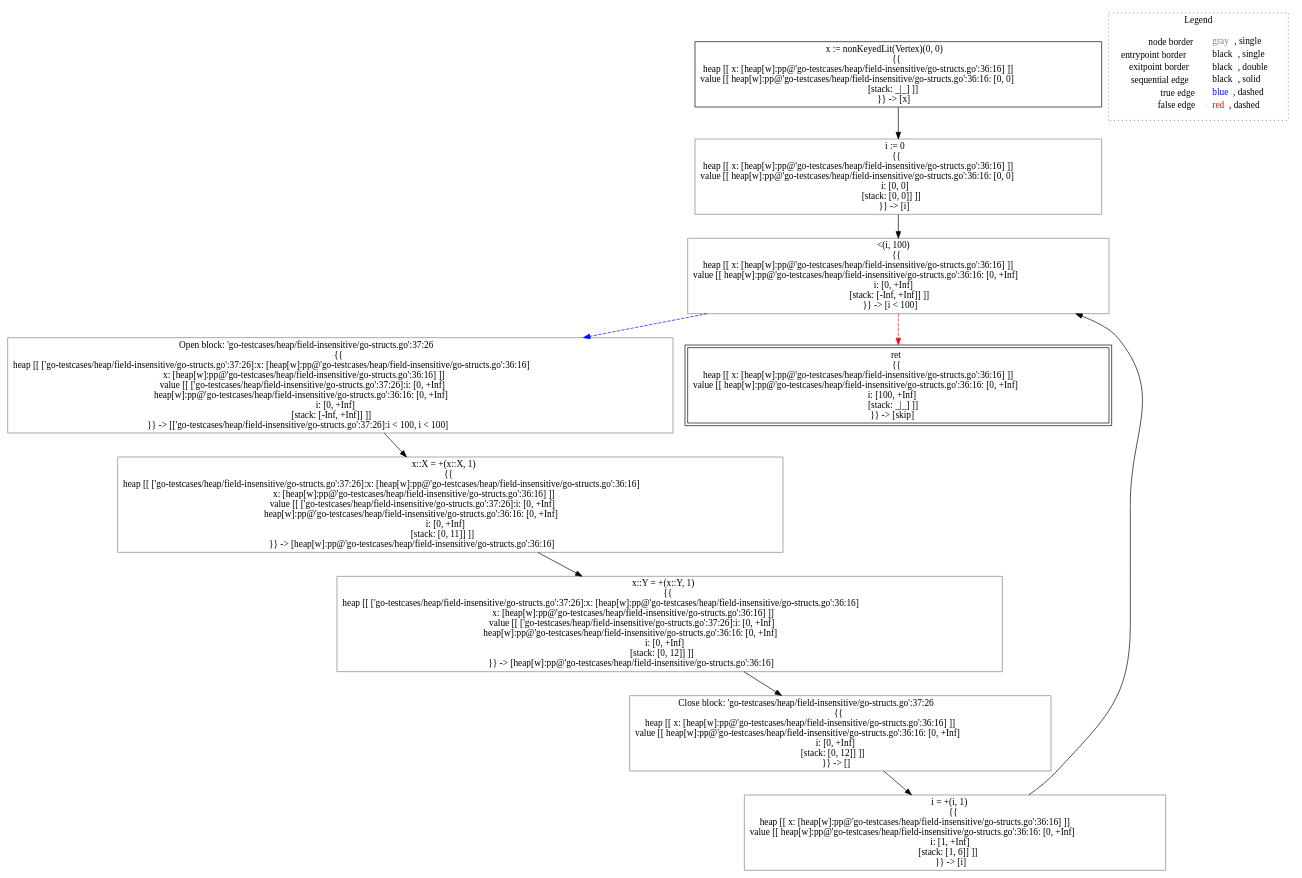
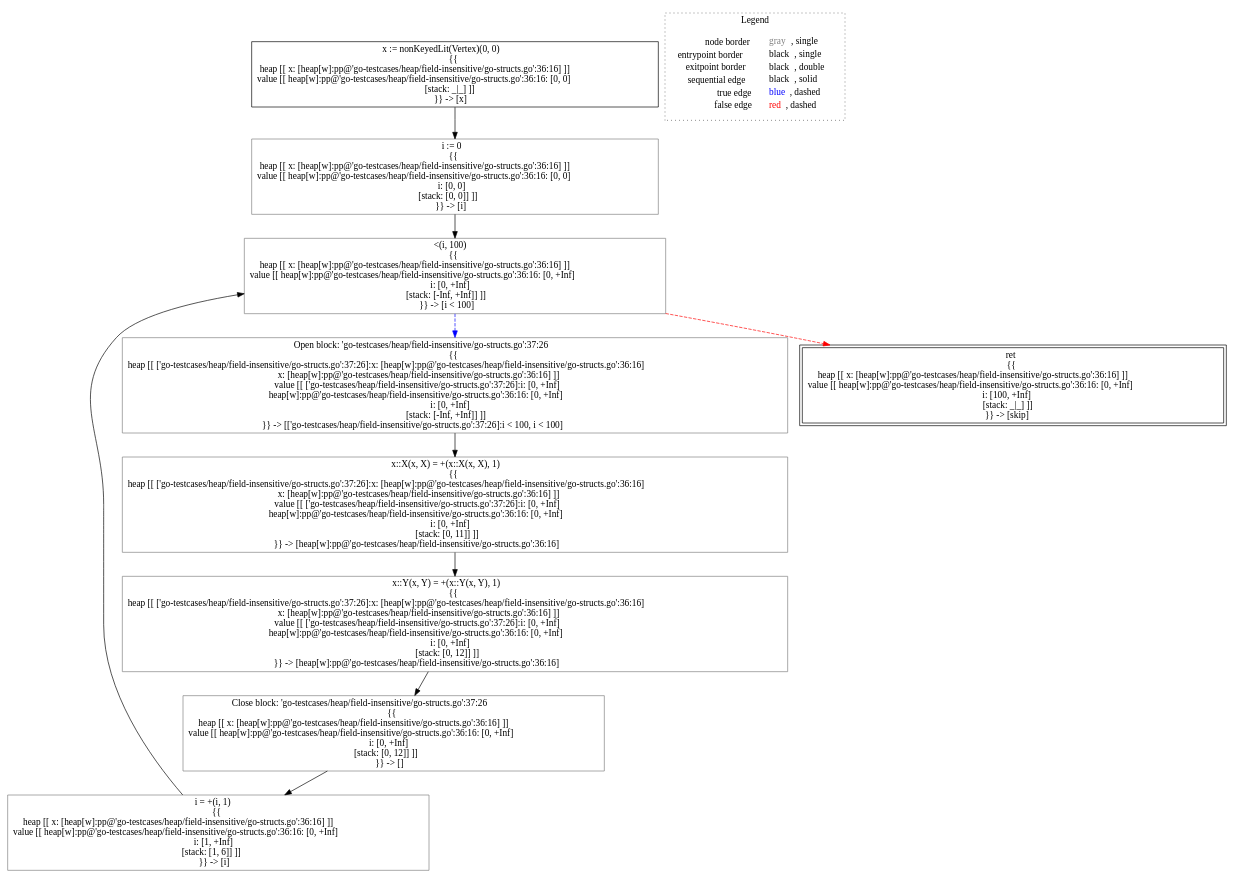
Before and after one commit to lisa-analyzer/go-lisa: the diagram in go-lisa/go-testcases/heap/field-insensitive/analysis___untyped_main.forAlloc().dot, drawn with Graphviz. The commit also changed 35 other files, not shown here.

```diff
--- a/go-lisa/go-testcases/heap/field-insensitive/analysis___untyped_main.forAlloc().dot
+++ b/go-lisa/go-testcases/heap/field-insensitive/analysis___untyped_main.forAlloc().dot
@@ -1,27 +1,27 @@
 digraph {
 	"node0" [shape="rect",color="black",label=<x := nonKeyedLit(Vertex)(0, 0)<BR/>{{<BR/>heap [[ x: [heap[w]:pp@'go-testcases/heap/field-insensitive/go-structs.go':36:16] ]]<BR/>value [[ heap[w]:pp@'go-testcases/heap/field-insensitive/go-structs.go':36:16: [0, 0]<BR/>[stack: _|_] ]]<BR/>}} -&gt; [x]>];
-	"node1" [shape="rect",color="gray",label=<i := 0<BR/>{{<BR/>heap [[ x: [heap[w]:pp@'go-testcases/heap/field-insensitive/go-structs.go':36:16] ]]<BR/>value [[ heap[w]:pp@'go-testcases/heap/field-insensitive/go-structs.go':36:16: [0, 0]<BR/>i: [0, 0]<BR/>[stack: [0, 0]] ]]<BR/>}} -&gt; [i]>];
-	"node2" [shape="rect",color="gray",label=<x::Y = +(x::Y, 1)<BR/>{{<BR/>heap [[ ['go-testcases/heap/field-insensitive/go-structs.go':37:26]:x: [heap[w]:pp@'go-testcases/heap/field-insensitive/go-structs.go':36:16]<BR/>x: [heap[w]:pp@'go-testcases/heap/field-insensitive/go-structs.go':36:16] ]]<BR/>value [[ ['go-testcases/heap/field-insensitive/go-structs.go':37:26]:i: [0, +Inf]<BR/>heap[w]:pp@'go-testcases/heap/field-insensitive/go-structs.go':36:16: [0, +Inf]<BR/>i: [0, +Inf]<BR/>[stack: [0, 12]] ]]<BR/>}} -&gt; [heap[w]:pp@'go-testcases/heap/field-insensitive/go-structs.go':36:16]>];
-	"node3" [shape="rect",color="gray",label=<Close block: 'go-testcases/heap/field-insensitive/go-structs.go':37:26<BR/>{{<BR/>heap [[ x: [heap[w]:pp@'go-testcases/heap/field-insensitive/go-structs.go':36:16] ]]<BR/>value [[ heap[w]:pp@'go-testcases/heap/field-insensitive/go-structs.go':36:16: [0, +Inf]<BR/>i: [0, +Inf]<BR/>[stack: [0, 12]] ]]<BR/>}} -&gt; []>];
-	"node4" [shape="rect",color="gray",label=<x::X = +(x::X, 1)<BR/>{{<BR/>heap [[ ['go-testcases/heap/field-insensitive/go-structs.go':37:26]:x: [heap[w]:pp@'go-testcases/heap/field-insensitive/go-structs.go':36:16]<BR/>x: [heap[w]:pp@'go-testcases/heap/field-insensitive/go-structs.go':36:16] ]]<BR/>value [[ ['go-testcases/heap/field-insensitive/go-structs.go':37:26]:i: [0, +Inf]<BR/>heap[w]:pp@'go-testcases/heap/field-insensitive/go-structs.go':36:16: [0, +Inf]<BR/>i: [0, +Inf]<BR/>[stack: [0, 11]] ]]<BR/>}} -&gt; [heap[w]:pp@'go-testcases/heap/field-insensitive/go-structs.go':36:16]>];
+	"node1" [shape="rect",color="gray",label=<Close block: 'go-testcases/heap/field-insensitive/go-structs.go':37:26<BR/>{{<BR/>heap [[ x: [heap[w]:pp@'go-testcases/heap/field-insensitive/go-structs.go':36:16] ]]<BR/>value [[ heap[w]:pp@'go-testcases/heap/field-insensitive/go-structs.go':36:16: [0, +Inf]<BR/>i: [0, +Inf]<BR/>[stack: [0, 12]] ]]<BR/>}} -&gt; []>];
+	"node2" [shape="rect",color="gray",label=<i = +(i, 1)<BR/>{{<BR/>heap [[ x: [heap[w]:pp@'go-testcases/heap/field-insensitive/go-structs.go':36:16] ]]<BR/>value [[ heap[w]:pp@'go-testcases/heap/field-insensitive/go-structs.go':36:16: [0, +Inf]<BR/>i: [1, +Inf]<BR/>[stack: [1, 6]] ]]<BR/>}} -&gt; [i]>];
+	"node3" [shape="rect",color="gray",label=<i := 0<BR/>{{<BR/>heap [[ x: [heap[w]:pp@'go-testcases/heap/field-insensitive/go-structs.go':36:16] ]]<BR/>value [[ heap[w]:pp@'go-testcases/heap/field-insensitive/go-structs.go':36:16: [0, 0]<BR/>i: [0, 0]<BR/>[stack: [0, 0]] ]]<BR/>}} -&gt; [i]>];
+	"node4" [shape="rect",color="gray",label=<x::Y(x, Y) = +(x::Y(x, Y), 1)<BR/>{{<BR/>heap [[ ['go-testcases/heap/field-insensitive/go-structs.go':37:26]:x: [heap[w]:pp@'go-testcases/heap/field-insensitive/go-structs.go':36:16]<BR/>x: [heap[w]:pp@'go-testcases/heap/field-insensitive/go-structs.go':36:16] ]]<BR/>value [[ ['go-testcases/heap/field-insensitive/go-structs.go':37:26]:i: [0, +Inf]<BR/>heap[w]:pp@'go-testcases/heap/field-insensitive/go-structs.go':36:16: [0, +Inf]<BR/>i: [0, +Inf]<BR/>[stack: [0, 12]] ]]<BR/>}} -&gt; [heap[w]:pp@'go-testcases/heap/field-insensitive/go-structs.go':36:16]>];
 	"node5" [shape="rect",color="gray",label=<&lt;(i, 100)<BR/>{{<BR/>heap [[ x: [heap[w]:pp@'go-testcases/heap/field-insensitive/go-structs.go':36:16] ]]<BR/>value [[ heap[w]:pp@'go-testcases/heap/field-insensitive/go-structs.go':36:16: [0, +Inf]<BR/>i: [0, +Inf]<BR/>[stack: [-Inf, +Inf]] ]]<BR/>}} -&gt; [i &lt; 100]>];
-	"node6" [shape="rect",color="gray",label=<i = +(i, 1)<BR/>{{<BR/>heap [[ x: [heap[w]:pp@'go-testcases/heap/field-insensitive/go-structs.go':36:16] ]]<BR/>value [[ heap[w]:pp@'go-testcases/heap/field-insensitive/go-structs.go':36:16: [0, +Inf]<BR/>i: [1, +Inf]<BR/>[stack: [1, 6]] ]]<BR/>}} -&gt; [i]>];
+	"node6" [shape="rect",color="gray",label=<x::X(x, X) = +(x::X(x, X), 1)<BR/>{{<BR/>heap [[ ['go-testcases/heap/field-insensitive/go-structs.go':37:26]:x: [heap[w]:pp@'go-testcases/heap/field-insensitive/go-structs.go':36:16]<BR/>x: [heap[w]:pp@'go-testcases/heap/field-insensitive/go-structs.go':36:16] ]]<BR/>value [[ ['go-testcases/heap/field-insensitive/go-structs.go':37:26]:i: [0, +Inf]<BR/>heap[w]:pp@'go-testcases/heap/field-insensitive/go-structs.go':36:16: [0, +Inf]<BR/>i: [0, +Inf]<BR/>[stack: [0, 11]] ]]<BR/>}} -&gt; [heap[w]:pp@'go-testcases/heap/field-insensitive/go-structs.go':36:16]>];
 	"node7" [shape="rect",color="gray",label=<Open block: 'go-testcases/heap/field-insensitive/go-structs.go':37:26<BR/>{{<BR/>heap [[ ['go-testcases/heap/field-insensitive/go-structs.go':37:26]:x: [heap[w]:pp@'go-testcases/heap/field-insensitive/go-structs.go':36:16]<BR/>x: [heap[w]:pp@'go-testcases/heap/field-insensitive/go-structs.go':36:16] ]]<BR/>value [[ ['go-testcases/heap/field-insensitive/go-structs.go':37:26]:i: [0, +Inf]<BR/>heap[w]:pp@'go-testcases/heap/field-insensitive/go-structs.go':36:16: [0, +Inf]<BR/>i: [0, +Inf]<BR/>[stack: [-Inf, +Inf]] ]]<BR/>}} -&gt; [['go-testcases/heap/field-insensitive/go-structs.go':37:26]:i &lt; 100, i &lt; 100]>];
 	"node8" [shape="rect",color="black",peripheries="2",label=<ret<BR/>{{<BR/>heap [[ x: [heap[w]:pp@'go-testcases/heap/field-insensitive/go-structs.go':36:16] ]]<BR/>value [[ heap[w]:pp@'go-testcases/heap/field-insensitive/go-structs.go':36:16: [0, +Inf]<BR/>i: [100, +Inf]<BR/>[stack: _|_] ]]<BR/>}} -&gt; [skip]>];
-	"node1" -> "node5" [color="black"];
-	"node2" -> "node3" [color="black"];
-	"node3" -> "node6" [color="black"];
-	"node4" -> "node2" [color="black"];
+	"node0" -> "node3" [color="black"];
+	"node1" -> "node2" [color="black"];
+	"node2" -> "node5" [color="black"];
+	"node3" -> "node5" [color="black"];
+	"node4" -> "node1" [color="black"];
 	"node5" -> "node7" [color="blue",style="dashed"];
 	"node5" -> "node8" [color="red",style="dashed"];
-	"node0" -> "node1" [color="black"];
-	"node6" -> "node5" [color="black"];
-	"node7" -> "node4" [color="black"];
+	"node6" -> "node4" [color="black"];
+	"node7" -> "node6" [color="black"];
 subgraph cluster_legend {
 	label="Legend";
 	style=dotted;
 	node [shape=plaintext];
 	"legend" [label=<<table border="0" cellpadding="2" cellspacing="0" cellborder="0"><tr><td align="right">node border&nbsp;</td><td align="left"><font color="gray">gray</font>, single</td></tr><tr><td align="right">entrypoint border&nbsp;</td><td align="left"><font color="black">black</font>, single</td></tr><tr><td align="right">exitpoint border&nbsp;</td><td align="left"><font color="black">black</font>, double</td></tr><tr><td align="right">sequential edge&nbsp;</td><td align="left"><font color="black">black</font>, solid</td></tr><tr><td align="right">true edge&nbsp;</td><td align="left"><font color="blue">blue</font>, dashed</td></tr><tr><td align="right">false edge&nbsp;</td><td align="left"><font color="red">red</font>, dashed</td></tr></table>>];
 }
 
 }
```
